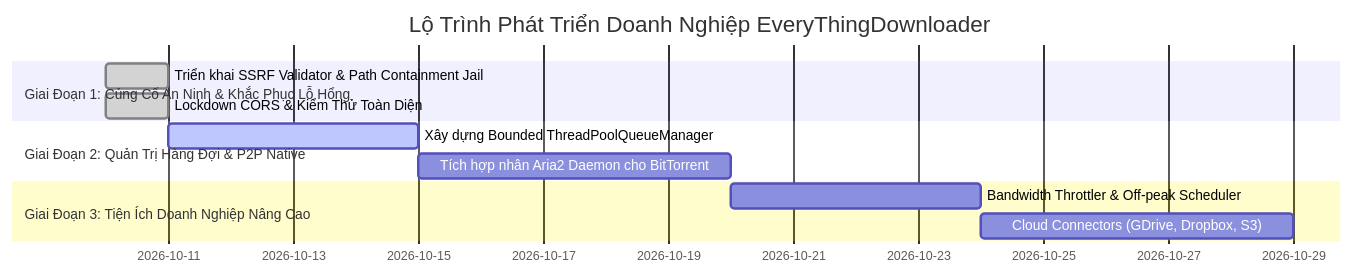
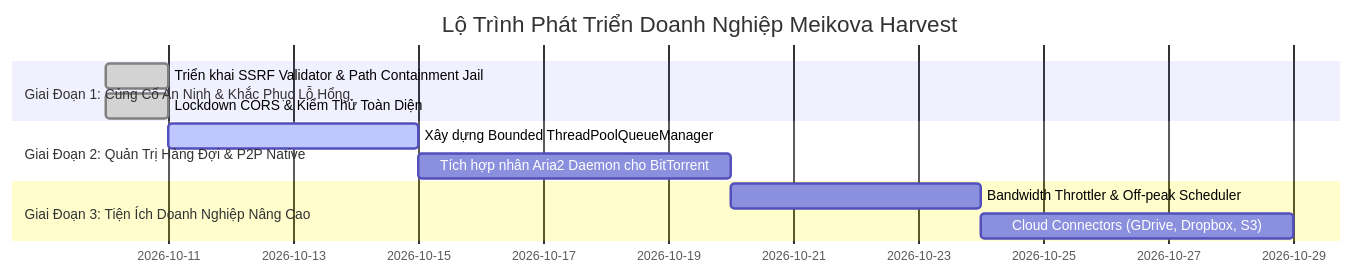
Before and after one commit to Meikova/meikova-harvest: the third of 3 diagrams in docs/ENTERPRISE_SRS_SPECIFICATION.md, drawn with Mermaid. The commit also changed other lines of this file and 32 other files, not shown here.

Commit message:
refactor(brand): eliminate 100% legacy brand keywords and align to Meikova Harvest

````diff
--- a/docs/ENTERPRISE_SRS_SPECIFICATION.md
+++ b/docs/ENTERPRISE_SRS_SPECIFICATION.md
@@ -291,14 +291,14 @@
 ```mermaid
 gantt
-    title Lộ Trình Phát Triển Doanh Nghiệp EveryThingDownloader
+    title Lộ Trình Phát Triển Doanh Nghiệp Meikova Harvest
     dateFormat  YYYY-MM-DD
     section Giai Đoạn 1: Củng Cố An Ninh & Khắc Phục Lỗ Hổng
     Triển khai SSRF Validator & Path Containment Jail :done, p1_1, 2026-10-10, 1d
     Lockdown CORS & Kiểm Thử Toàn Diện             :done, p1_2, 2026-10-10, 1d
     section Giai Đoạn 2: Quản Trị Hàng Đợi & P2P Native
     Xây dựng Bounded ThreadPoolQueueManager        :active, p2_1, 2026-10-11, 4d
     Tích hợp nhân Aria2 Daemon cho BitTorrent     :p2_2, after p2_1, 5d
     section Giai Đoạn 3: Tiện Ích Doanh Nghiệp Nâng Cao
     Bandwidth Throttler & Off-peak Scheduler       :p3_1, after p2_2, 4d
     Cloud Connectors (GDrive, Dropbox, S3)         :p3_2, after p3_1, 5d
 ```
````
